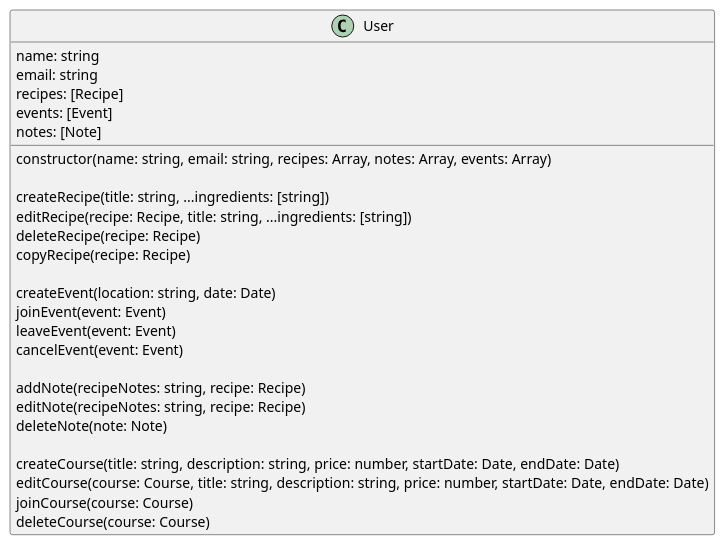
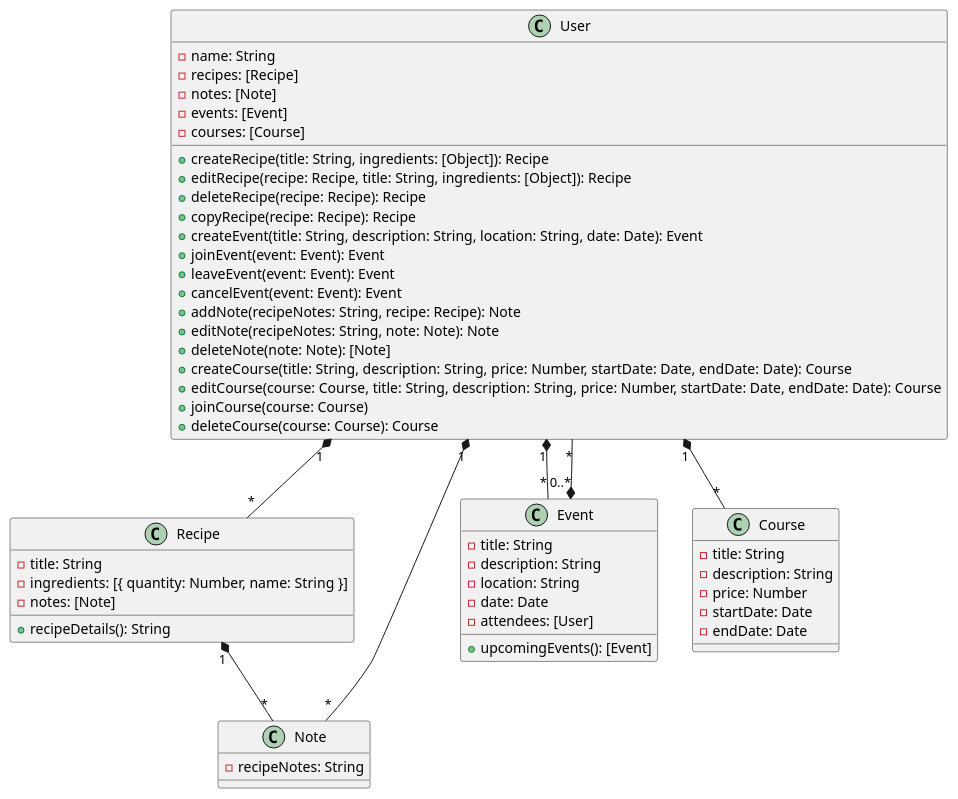
The diagram in architecture/class.puml (coyotiv-sose/graduation-project-talescript), drawn with PlantUML before and after one commit. The commit also changed 3 other files, not shown here.

Commit message:
update class diagram. Create object, sequence and useCase diagrams

```diff
--- a/architecture/class.puml
+++ b/architecture/class.puml
@@ -1,31 +1,59 @@
-@startuml SourdoughAPP
+@startuml
 class User {
-  name: string
-  email: string
-  recipes: [Recipe]
-  events: [Event]
-  notes: [Note]
+  - name: String
+  - recipes: [Recipe]
+  - notes: [Note]
+  - events: [Event]
+  - courses: [Course]
+  + createRecipe(title: String, ingredients: [Object]): Recipe
+  + editRecipe(recipe: Recipe, title: String, ingredients: [Object]): Recipe
+  + deleteRecipe(recipe: Recipe): Recipe
+  + copyRecipe(recipe: Recipe): Recipe
+  + createEvent(title: String, description: String, location: String, date: Date): Event
+  + joinEvent(event: Event): Event
+  + leaveEvent(event: Event): Event
+  + cancelEvent(event: Event): Event
+  + addNote(recipeNotes: String, recipe: Recipe): Note
+  + editNote(recipeNotes: String, note: Note): Note
+  + deleteNote(note: Note): [Note]
+  + createCourse(title: String, description: String, price: Number, startDate: Date, endDate: Date): Course
+  + editCourse(course: Course, title: String, description: String, price: Number, startDate: Date, endDate: Date): Course
+  + joinCourse(course: Course)
+  + deleteCourse(course: Course): Course
+}
 
-  constructor(name: string, email: string, recipes: Array, notes: Array, events: Array)
+class Recipe {
+  - title: String
+  - ingredients: [{ quantity: Number, name: String }]
+  - notes: [Note]
+  + recipeDetails(): String
+}
 
-  createRecipe(title: string, ...ingredients: [string])
-  editRecipe(recipe: Recipe, title: string, ...ingredients: [string])
-  deleteRecipe(recipe: Recipe)
-  copyRecipe(recipe: Recipe)
+class Note {
+  - recipeNotes: String
+}
 
-  createEvent(location: string, date: Date)
-  joinEvent(event: Event)
-  leaveEvent(event: Event)
-  cancelEvent(event: Event)
+class Event {
+  - title: String
+  - description: String
+  - location: String
+  - date: Date
+  - attendees: [User]
+  + upcomingEvents(): [Event]
+}
 
-  addNote(recipeNotes: string, recipe: Recipe)
-  editNote(recipeNotes: string, recipe: Recipe)
-  deleteNote(note: Note)
+class Course {
+  - title: String
+  - description: String
+  - price: Number
+  - startDate: Date
+  - endDate: Date
+}
 
-  createCourse(title: string, description: string, price: number, startDate: Date, endDate: Date)
-  editCourse(course: Course, title: string, description: string, price: number, startDate: Date, endDate: Date)
-  joinCourse(course: Course)
-  deleteCourse(course: Course)
-
-}
+User "1" *-- "*" Recipe
+User "1" *-- "*" Note
+User "1" *-- "*" Event
+User "1" *-- "*" Course
+Recipe "1" *-- "*" Note
+Event "0..*" *-- "*" User
 @enduml
```
